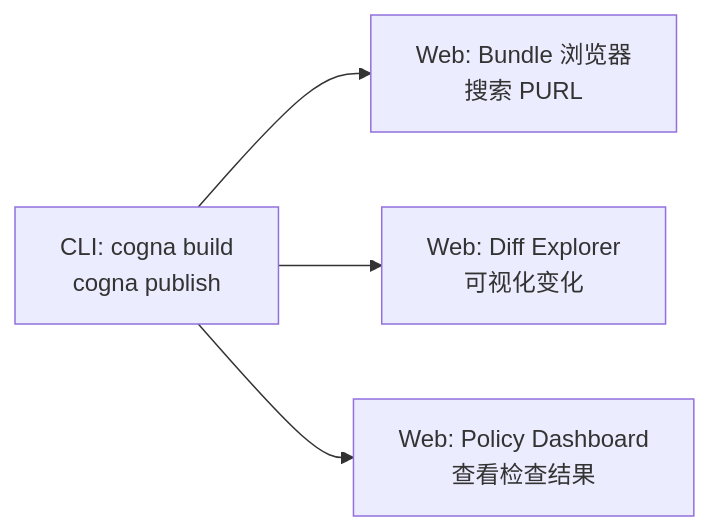
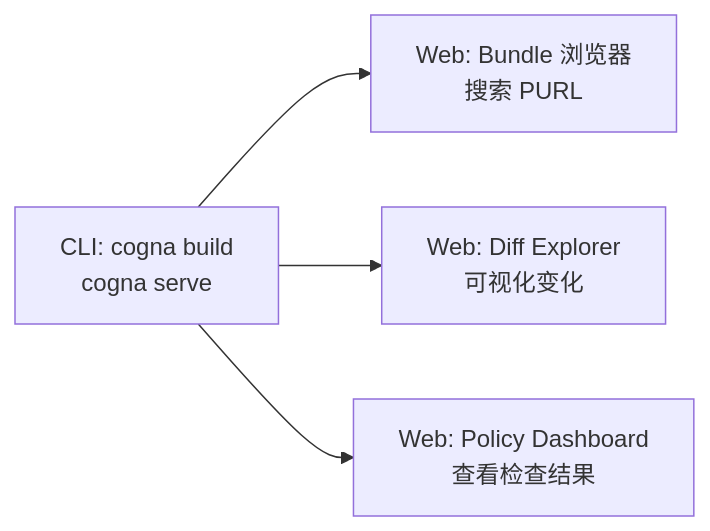
One commit to cogna-dev/cogna changed the diagram in docs/src/content/docs/web.mdx. Above: the diagram before and after it, drawn with Mermaid. The commit also changed other lines of this file and 121 other files, not shown here.

Commit message:
refactor: New architecture

````diff
--- a/docs/src/content/docs/web.mdx
+++ b/docs/src/content/docs/web.mdx
@@ -43,6 +43,6 @@
 ```mermaid
 flowchart LR
-    A["CLI: cogna build\ncogna publish"] --> B["Web: Bundle 浏览器\n搜索 PURL"]
+    A["CLI: cogna build\ncogna serve"] --> B["Web: Bundle 浏览器\n搜索 PURL"]
     A --> C["Web: Diff Explorer\n可视化变化"]
     A --> D["Web: Policy Dashboard\n查看检查结果"]
 ```
````
